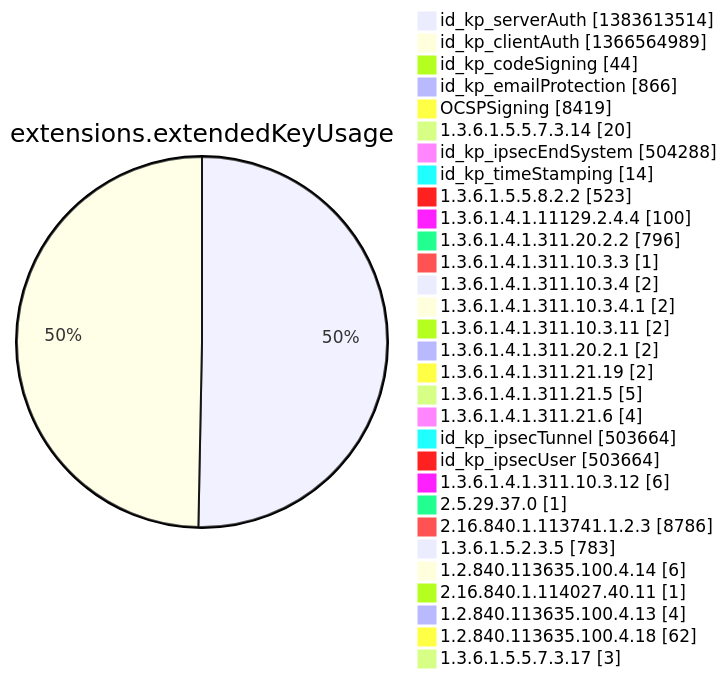
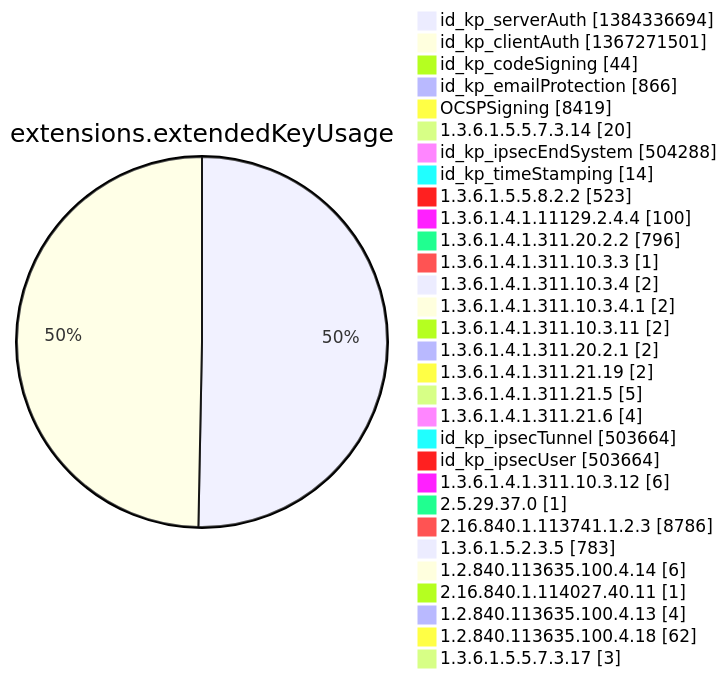
Before and after one commit to christiankrug/ctmonitor_visualization: diagram 12 of 15 in argon2022/README.md, drawn with Mermaid. The commit also changed other lines of this file, not shown here.

````diff
--- a/argon2022/README.md
+++ b/argon2022/README.md
@@ -3554,34 +3554,34 @@
 ```mermaid
 pie showData
 title extensions.extendedKeyUsage
-"id_kp_serverAuth" :1383613514
-"id_kp_clientAuth" :1366564989
+"id_kp_serverAuth" :1384336694
+"id_kp_clientAuth" :1367271501
 "id_kp_codeSigning" :44
 "id_kp_emailProtection" :866
 "OCSPSigning" :8419
 "1.3.6.1.5.5.7.3.14" :20
 "id_kp_ipsecEndSystem" :504288
 "id_kp_timeStamping" :14
 "1.3.6.1.5.5.8.2.2" :523
 "1.3.6.1.4.1.11129.2.4.4" :100
 "1.3.6.1.4.1.311.20.2.2" :796
 "1.3.6.1.4.1.311.10.3.3" :1
 "1.3.6.1.4.1.311.10.3.4" :2
 "1.3.6.1.4.1.311.10.3.4.1" :2
 "1.3.6.1.4.1.311.10.3.11" :2
 "1.3.6.1.4.1.311.20.2.1" :2
 "1.3.6.1.4.1.311.21.19" :2
 "1.3.6.1.4.1.311.21.5" :5
 "1.3.6.1.4.1.311.21.6" :4
 "id_kp_ipsecTunnel" :503664
 "id_kp_ipsecUser" :503664
 "1.3.6.1.4.1.311.10.3.12" :6
 "2.5.29.37.0" :1
 "2.16.840.1.113741.1.2.3" :8786
 "1.3.6.1.5.2.3.5" :783
 "1.2.840.113635.100.4.14" :6
 "2.16.840.1.114027.40.11" :1
 "1.2.840.113635.100.4.13" :4
 "1.2.840.113635.100.4.18" :62
 "1.3.6.1.5.5.7.3.17" :3
 ```
````
